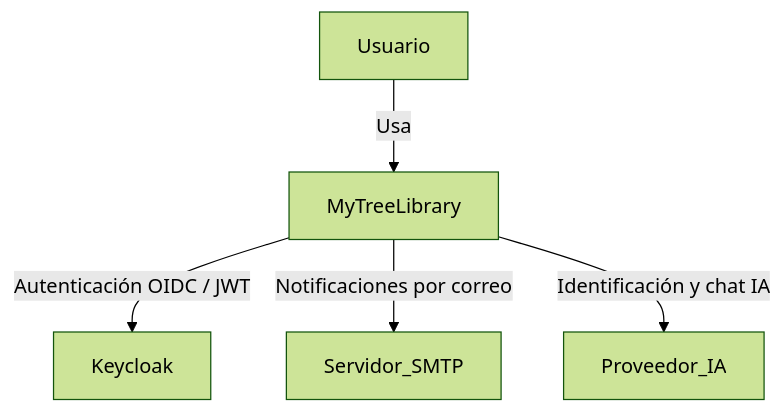
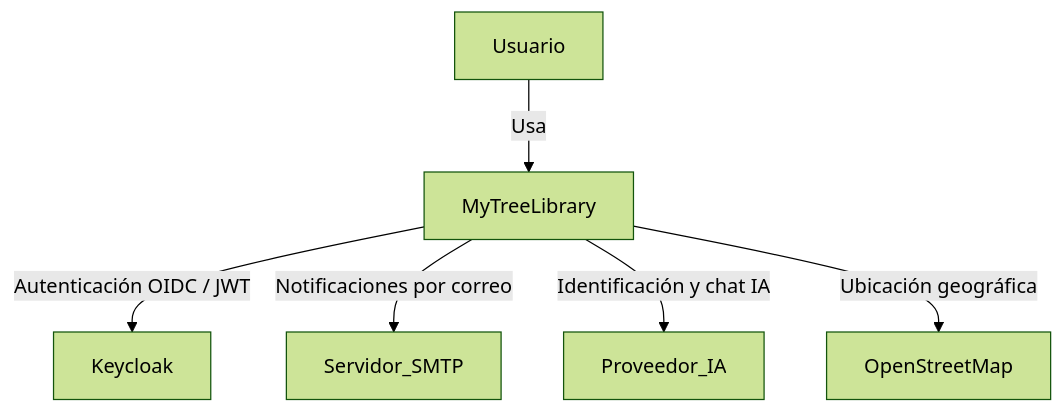
Before and after one commit to LIDR-academy/AI4Devs-finalproject: the first of 18 diagrams in readme.md, drawn with Mermaid (forest theme). The commit also changed other lines of this file and 319 other files, not shown here.

````diff
--- a/readme.md
+++ b/readme.md
@@ -117,12 +235,14 @@
 ```mermaid
 flowchart TB
   U[Usuario]
   S[MyTreeLibrary]
   KC[Keycloak]
   SMTP[Servidor_SMTP]
   PIA[Proveedor_IA]
+  MAP[OpenStreetMap] 
   U -->|Usa| S
   S -->|Autenticación OIDC / JWT| KC
   S -->|Notificaciones por correo| SMTP
   S -->|Identificación y chat IA| PIA
+  S -->|Ubicación geográfica| MAP
 ```
````
